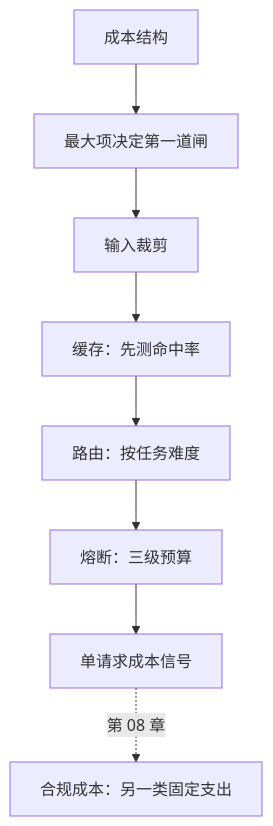
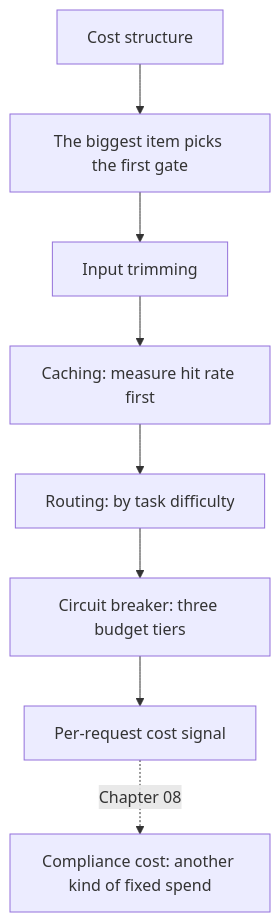
One commit to xzlxiao/vibe-coding-textbook changed the second of 2 diagrams in phase5/chapters/ch07-cost-engineering.md. Above: the diagram before and after it, drawn with Mermaid. The commit also changed other lines of this file and 10 other files, not shown here.

````diff
--- a/phase5/chapters/ch07-cost-engineering.md
+++ b/phase5/chapters/ch07-cost-engineering.md
@@ -225,10 +225,10 @@
 ```mermaid
 flowchart TD
-    A["成本结构"] --> B["最大项决定第一道闸"]
-    B --> C["输入裁剪"]
-    C --> D["缓存：先测命中率"]
-    D --> E["路由：按任务难度"]
-    E --> F["熔断：三级预算"]
-    F --> G["单请求成本信号"]
-    G -.->|"第 08 章"| H["合规成本：另一类固定支出"]
+    A["Cost structure"] --> B["The biggest item picks the first gate"]
+    B --> C["Input trimming"]
+    C --> D["Caching: measure hit rate first"]
+    D --> E["Routing: by task difficulty"]
+    E --> F["Circuit breaker: three budget tiers"]
+    F --> G["Per-request cost signal"]
+    G -.->|"Chapter 08"| H["Compliance cost: another kind of fixed spend"]
 ```
````
